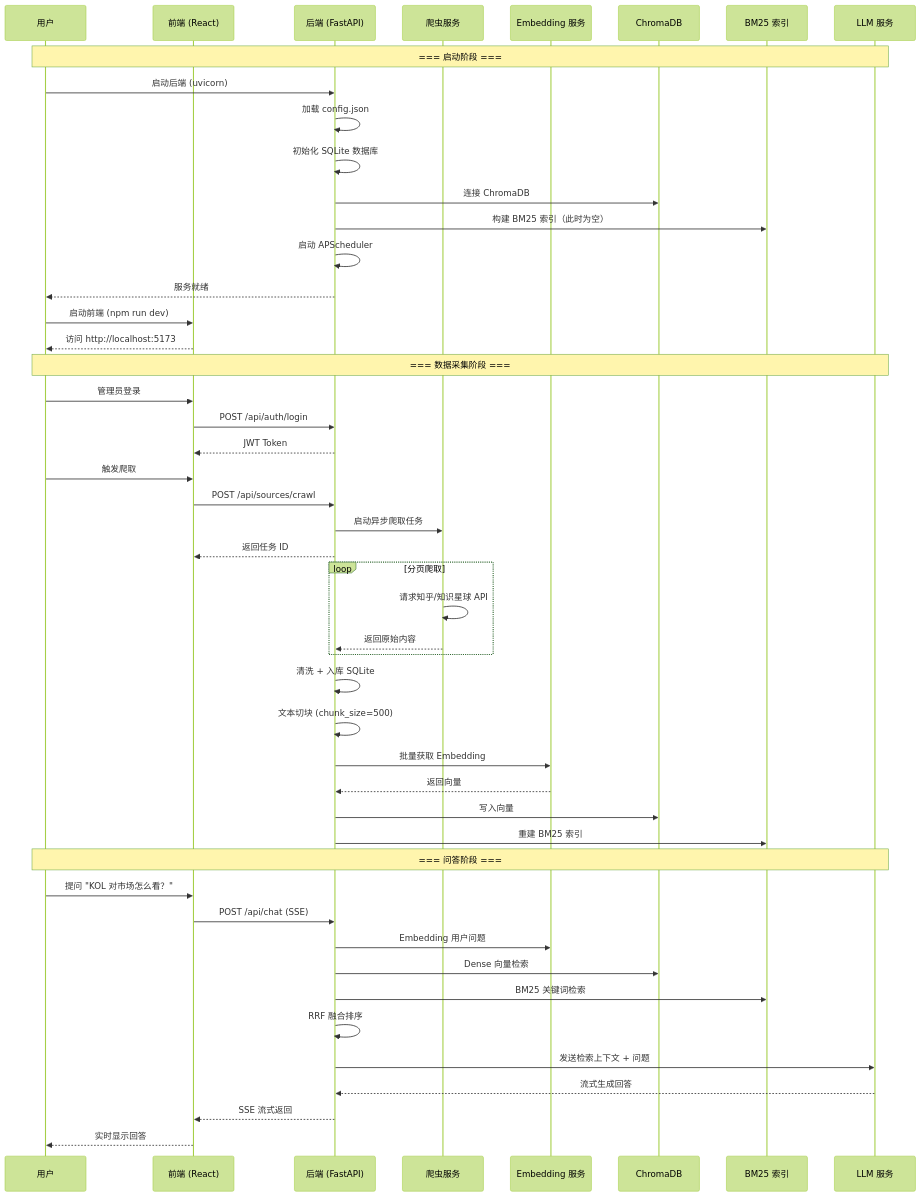
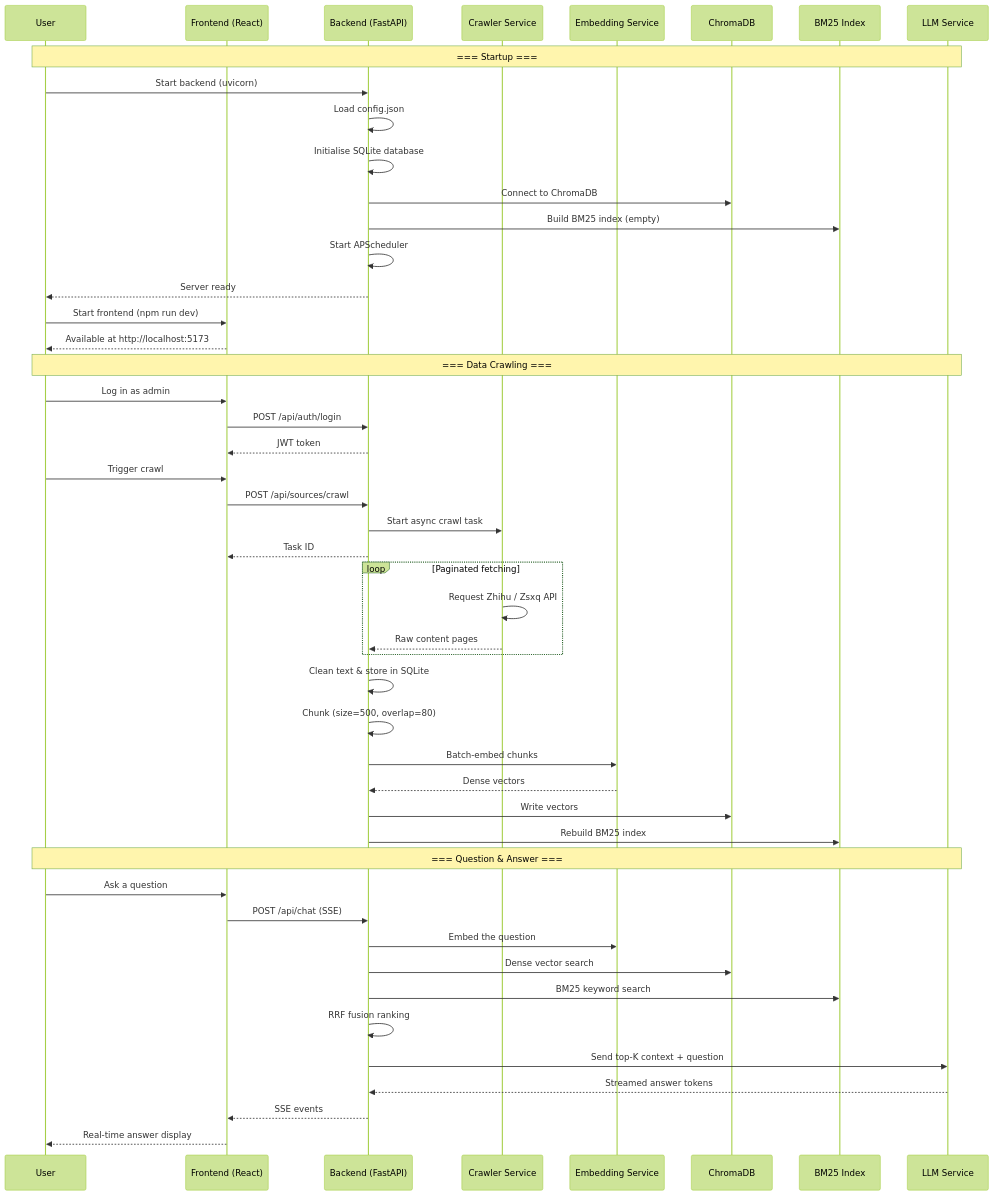
Before and after one commit to XUranus/dungeon: the diagram in docs/docs/guides/first-run.mdx, drawn with Mermaid (forest theme). The commit also changed other lines of this file and 75 other files, not shown here.

````diff
--- a/docs/docs/guides/first-run.mdx
+++ b/docs/docs/guides/first-run.mdx
@@ -184,60 +212,60 @@
 ```mermaid
 sequenceDiagram
-    participant User as 用户
-    participant FE as 前端 (React)
-    participant BE as 后端 (FastAPI)
-    participant Crawler as 爬虫服务
-    participant Embed as Embedding 服务
+    participant User as User
+    participant FE as Frontend (React)
+    participant BE as Backend (FastAPI)
+    participant Crawler as Crawler Service
+    participant Embed as Embedding Service
     participant VDB as ChromaDB
-    participant BM25 as BM25 索引
-    participant LLM as LLM 服务
+    participant BM25 as BM25 Index
+    participant LLM as LLM Service
 
-    Note over User,LLM: === 启动阶段 ===
+    Note over User,LLM: === Startup ===
 
-    User->>BE: 启动后端 (uvicorn)
-    BE->>BE: 加载 config.json
-    BE->>BE: 初始化 SQLite 数据库
-    BE->>VDB: 连接 ChromaDB
-    BE->>BM25: 构建 BM25 索引（此时为空）
-    BE->>BE: 启动 APScheduler
-    BE-->>User: 服务就绪
+    User->>BE: Start backend (uvicorn)
+    BE->>BE: Load config.json
+    BE->>BE: Initialise SQLite database
+    BE->>VDB: Connect to ChromaDB
+    BE->>BM25: Build BM25 index (empty)
+    BE->>BE: Start APScheduler
+    BE-->>User: Server ready
 
-    User->>FE: 启动前端 (npm run dev)
-    FE-->>User: 访问 http://localhost:5173
+    User->>FE: Start frontend (npm run dev)
+    FE-->>User: Available at http://localhost:5173
 
-    Note over User,LLM: === 数据采集阶段 ===
+    Note over User,LLM: === Data Crawling ===
 
-    User->>FE: 管理员登录
+    User->>FE: Log in as admin
     FE->>BE: POST /api/auth/login
-    BE-->>FE: JWT Token
+    BE-->>FE: JWT token
 
-    User->>FE: 触发爬取
+    User->>FE: Trigger crawl
     FE->>BE: POST /api/sources/crawl
-    BE->>Crawler: 启动异步爬取任务
-    BE-->>FE: 返回任务 ID
+    BE->>Crawler: Start async crawl task
+    BE-->>FE: Task ID
 
-    loop 分页爬取
-        Crawler->>Crawler: 请求知乎/知识星球 API
-        Crawler-->>BE: 返回原始内容
+    loop Paginated fetching
+        Crawler->>Crawler: Request Zhihu / Zsxq API
+        Crawler-->>BE: Raw content pages
     end
 
-    BE->>BE: 清洗 + 入库 SQLite
-    BE->>BE: 文本切块 (chunk_size=500)
-    BE->>Embed: 批量获取 Embedding
-    Embed-->>BE: 返回向量
-    BE->>VDB: 写入向量
-    BE->>BM25: 重建 BM25 索引
+    BE->>BE: Clean text & store in SQLite
+    BE->>BE: Chunk (size=500, overlap=80)
+    BE->>Embed: Batch-embed chunks
+    Embed-->>BE: Dense vectors
+    BE->>VDB: Write vectors
+    BE->>BM25: Rebuild BM25 index
 
-    Note over User,LLM: === 问答阶段 ===
+    Note over User,LLM: === Question & Answer ===
 
-    User->>FE: 提问 "KOL 对市场怎么看？"
+    User->>FE: Ask a question
     FE->>BE: POST /api/chat (SSE)
-    BE->>Embed: Embedding 用户问题
-    BE->>VDB: Dense 向量检索
-    BE->>BM25: BM25 关键词检索
-    BE->>BE: RRF 融合排序
-    BE->>LLM: 发送检索上下文 + 问题
-    LLM-->>BE: 流式生成回答
-    BE-->>FE: SSE 流式返回
-    FE-->>User: 实时显示回答
+    BE->>Embed: Embed the question
+    BE->>VDB: Dense vector search
+    BE->>BM25: BM25 keyword search
+    BE->>BE: RRF fusion ranking
+    BE->>LLM: Send top-K context + question
+    LLM-->>BE: Streamed answer tokens
+    BE-->>FE: SSE events
+    FE-->>User: Real-time answer display
 ```
````
